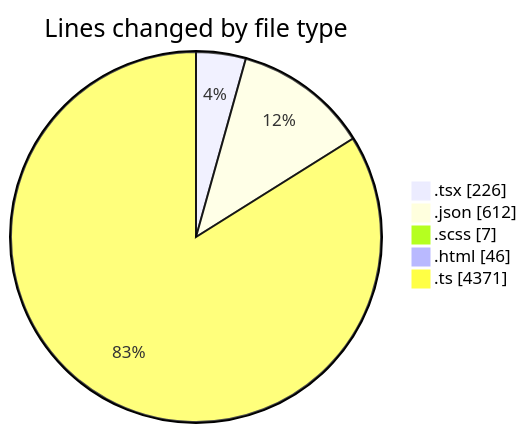
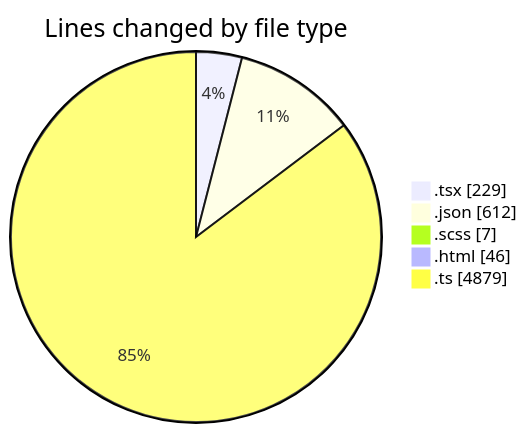
The first of 2 diagrams in 2026-04-14/cda/README.md (momahboobian/code-tracking), drawn with Mermaid before and after one commit. The commit also changed other lines of this file and 1 other file, not shown here.

````diff
--- a/2026-04-14/cda/README.md
+++ b/2026-04-14/cda/README.md
@@ -32,9 +33,9 @@
 ```mermaid
 pie showData
 title Lines changed by file type
-".tsx" : 226
+".tsx" : 229
 ".json" : 612
 ".scss" : 7
 ".html" : 46
-".ts" : 4371
+".ts" : 4879
 ```
````
